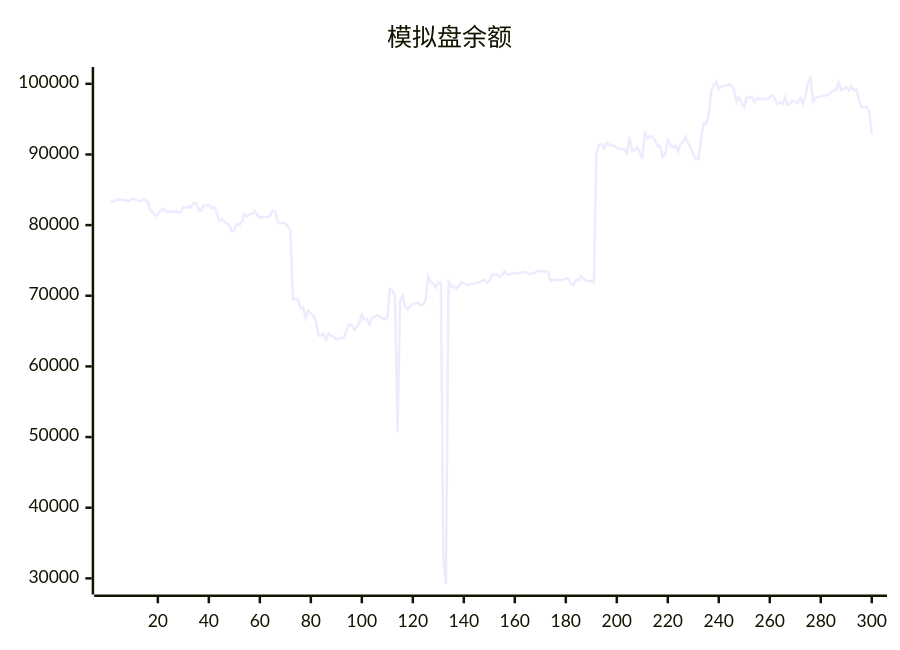
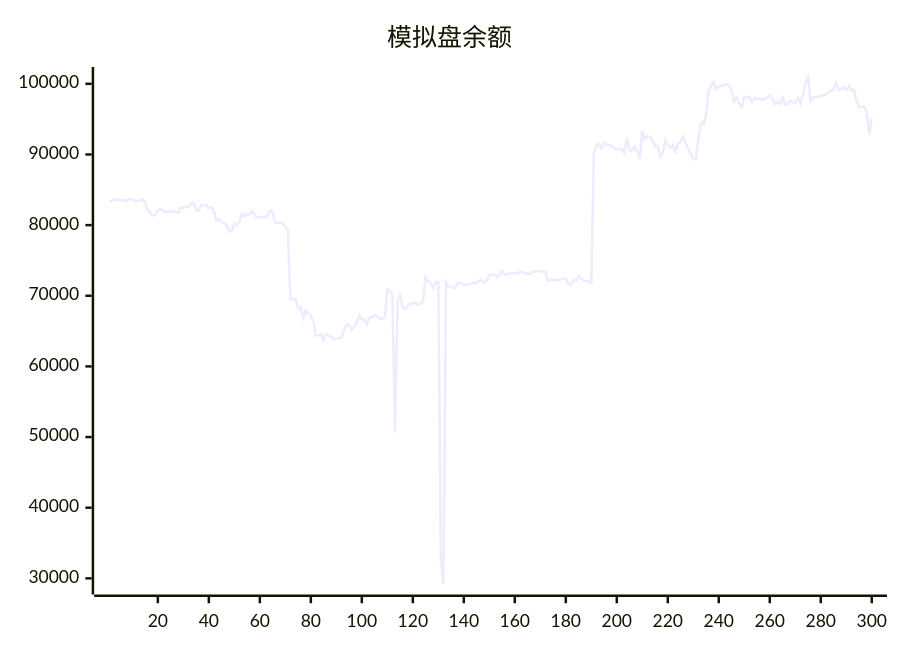
The diagram in README.md (aahl/ai-trading), drawn with Mermaid before and after one commit. The commit also changed other lines of this file and 1 other file, not shown here.

````diff
--- a/README.md
+++ b/README.md
@@ -5,5 +5,5 @@
 ```mermaid
 xychart
     title "模拟盘余额"
-    line [83357,83259,83474,83608,83606,83602,83548,83440,83454,83724,83644,83464,83365,83590,83592,83275,82072,81806,81344,81492,82109,82254,82006,81848,81955,81829,82022,81769,81776,82522,82441,82656,82498,83144,83144,82150,82038,82797,82763,82872,82367,82536,81981,80612,80862,80484,80242,80034,79063,79245,80226,80016,80507,81625,81233,81544,81578,82016,81401,81019,81186,81130,81118,81306,82066,81909,80392,80304,80291,80258,79729,79261,69466,69579,69456,68251,68415,66832,67911,67462,67144,66432,64380,64375,64606,63740,64647,64324,64216,63842,63877,64078,64008,65156,65945,65888,65157,65625,66144,67284,66653,66639,65924,66925,66956,67263,67108,66766,66729,66886,70927,70673,70049,50652,69334,69973,68400,68061,68578,68876,68879,69055,68662,68822,69329,72687,71999,71760,71162,71911,71896,32500,29218,71927,71297,71305,71044,71337,71883,71822,71536,71536,71622,71723,71880,71860,72100,72216,71887,72077,72940,72976,72966,72638,72948,73497,73004,73041,73173,73160,73186,73258,73375,73351,73173,73098,73161,73305,73474,73536,73457,73413,73412,72100,72333,72164,72272,72204,72285,72461,72421,71652,71521,72267,72157,72774,72424,72144,72060,72091,71858,90185,91338,91466,90900,91678,91404,91268,91244,90903,90779,90787,90721,90187,92429,90518,90619,91070,90328,89376,93286,92202,92581,92485,91947,91196,91259,89619,90086,92063,91355,90950,91327,90373,91498,91800,92531,91603,90910,90031,89351,89334,92097,94406,94315,95455,98972,99763,100286,99229,99622,99701,99805,99938,99738,99082,97430,98094,97267,96741,98081,98013,98194,97447,97983,97789,97969,97729,97911,98043,98405,97912,97120,97448,97154,98095,97021,97190,97616,97402,97263,98035,97210,98424,100120,100876,97552,98049,98085,98228,98388,98342,98488,98750,99086,99181,100188,99107,99272,99553,99072,99636,99061,99186,97674,96679,96704,96743,96096,92830]
+    line [83259,83474,83608,83606,83602,83548,83440,83454,83724,83644,83464,83365,83590,83592,83275,82072,81806,81344,81492,82109,82254,82006,81848,81955,81829,82022,81769,81776,82522,82441,82656,82498,83144,83144,82150,82038,82797,82763,82872,82367,82536,81981,80612,80862,80484,80242,80034,79063,79245,80226,80016,80507,81625,81233,81544,81578,82016,81401,81019,81186,81130,81118,81306,82066,81909,80392,80304,80291,80258,79729,79261,69466,69579,69456,68251,68415,66832,67911,67462,67144,66432,64380,64375,64606,63740,64647,64324,64216,63842,63877,64078,64008,65156,65945,65888,65157,65625,66144,67284,66653,66639,65924,66925,66956,67263,67108,66766,66729,66886,70927,70673,70049,50652,69334,69973,68400,68061,68578,68876,68879,69055,68662,68822,69329,72687,71999,71760,71162,71911,71896,32500,29218,71927,71297,71305,71044,71337,71883,71822,71536,71536,71622,71723,71880,71860,72100,72216,71887,72077,72940,72976,72966,72638,72948,73497,73004,73041,73173,73160,73186,73258,73375,73351,73173,73098,73161,73305,73474,73536,73457,73413,73412,72100,72333,72164,72272,72204,72285,72461,72421,71652,71521,72267,72157,72774,72424,72144,72060,72091,71858,90185,91338,91466,90900,91678,91404,91268,91244,90903,90779,90787,90721,90187,92429,90518,90619,91070,90328,89376,93286,92202,92581,92485,91947,91196,91259,89619,90086,92063,91355,90950,91327,90373,91498,91800,92531,91603,90910,90031,89351,89334,92097,94406,94315,95455,98972,99763,100286,99229,99622,99701,99805,99938,99738,99082,97430,98094,97267,96741,98081,98013,98194,97447,97983,97789,97969,97729,97911,98043,98405,97912,97120,97448,97154,98095,97021,97190,97616,97402,97263,98035,97210,98424,100120,100876,97552,98049,98085,98228,98388,98342,98488,98750,99086,99181,100188,99107,99272,99553,99072,99636,99061,99186,97674,96679,96704,96743,96096,92830,95088]
 ```
````
